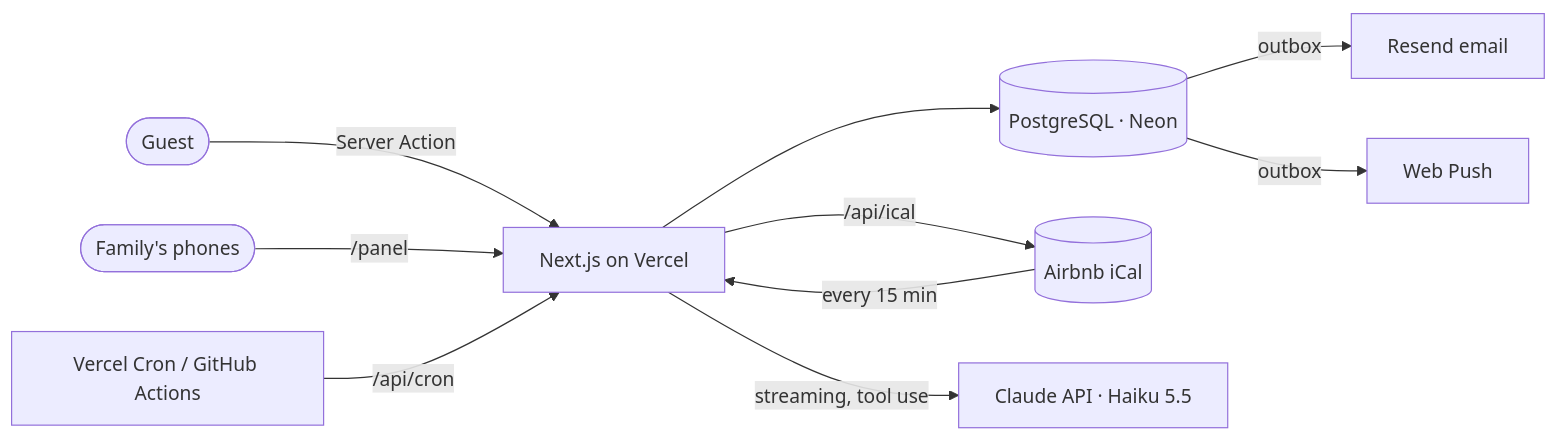
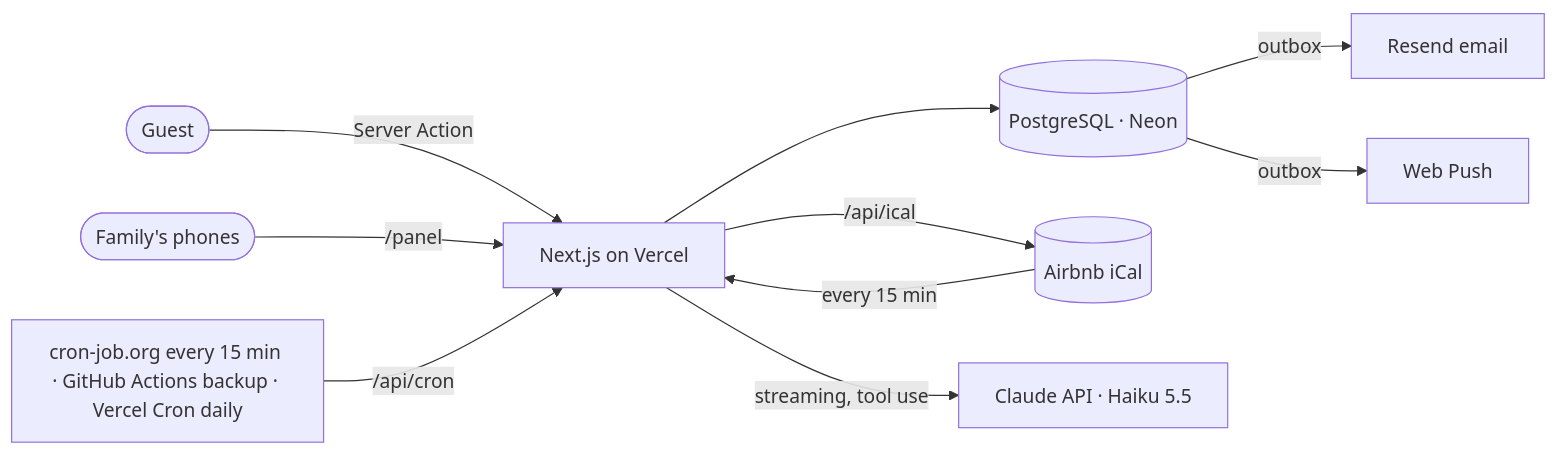
The diagram in README.md (sadikemreikiz/trysa-direct-booking), drawn with Mermaid before and after one commit. The commit also changed 7 other files, not shown here.

First line of the commit message:
Run the maintenance jobs every 15 minutes through cron-job.org

````diff
--- a/README.md
+++ b/README.md
@@ -87,12 +87,12 @@
 ```mermaid
 flowchart LR
   Guest([Guest]) -->|Server Action| Next[Next.js on Vercel]
   Staff([Family's phones]) -->|/panel| Next
   Next --> DB[(PostgreSQL · Neon)]
   DB -->|outbox| Mail[Resend email]
   DB -->|outbox| Push[Web Push]
   Airbnb[(Airbnb iCal)] -->|every 15 min| Next
   Next -->|/api/ical| Airbnb
-  Cron[Vercel Cron / GitHub Actions] -->|/api/cron| Next
+  Cron[cron-job.org every 15 min · GitHub Actions backup · Vercel Cron daily] -->|/api/cron| Next
   Next -->|streaming, tool use| Claude[Claude API · Haiku 5.5]
 ```
````
